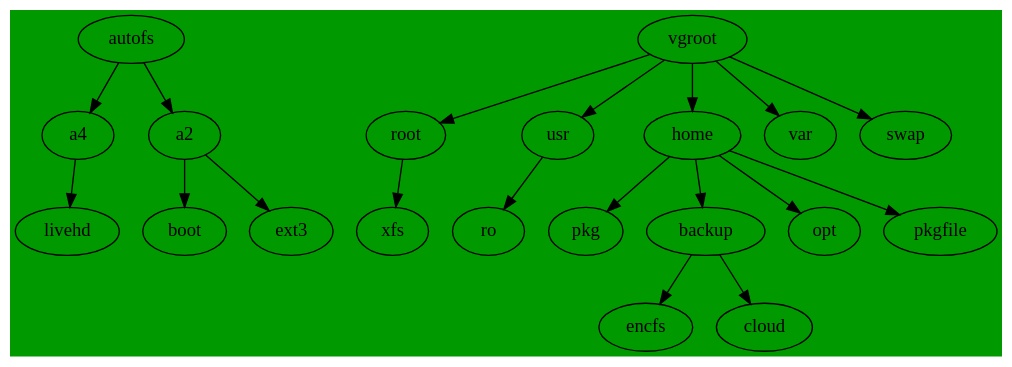
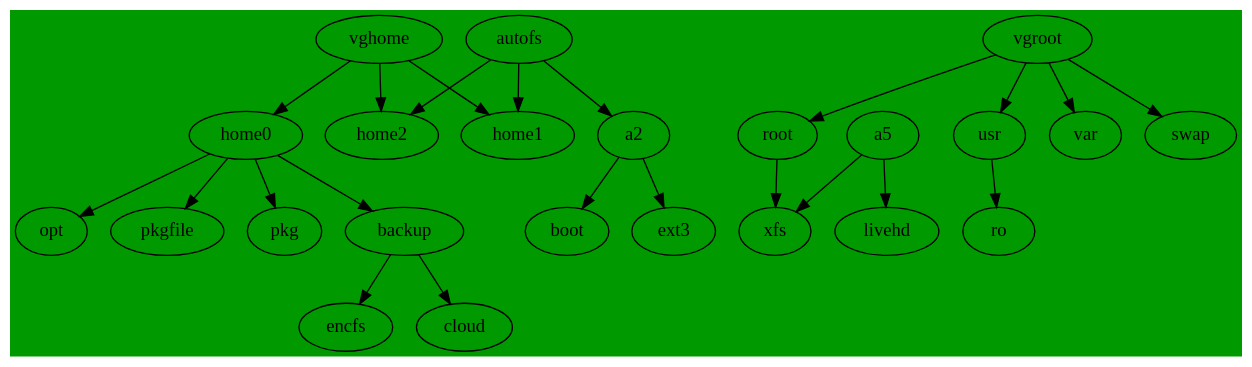
One commit to cdede/dotfiles changed the diagram in dot/.config/dupl/parted.dot. Above: the diagram before and after it, drawn with Graphviz.

Commit message:
home 0  1 2

```diff
--- a/dot/.config/dupl/parted.dot
+++ b/dot/.config/dupl/parted.dot
@@ -1,23 +1,27 @@
 // dot -Tpng  parted.dot -o line1.png
 //  default ext4
 digraph G {
   bgcolor ="#009900";
-  autofs->a4;
+  autofs->home2;
+  autofs->home1;
   autofs->a2;
   a2 -> boot;
   a2 -> ext3;
   root->xfs;
   usr ->ro;
-  home->pkg;
-  home->backup;
-  home->opt;
-  home->pkgfile;
-  a4->livehd;
+  home0->pkg;
+  home0->backup;
+  home0->opt;
+  home0->pkgfile;
+  a5->livehd;
+  a5->xfs;
   backup -> encfs;
   backup -> cloud;
   vgroot->root ;
   vgroot->usr;
   vgroot->var;
   vgroot->swap;
-  vgroot->home;
+  vghome->home0;
+  vghome->home1;
+  vghome->home2;
 }
```
